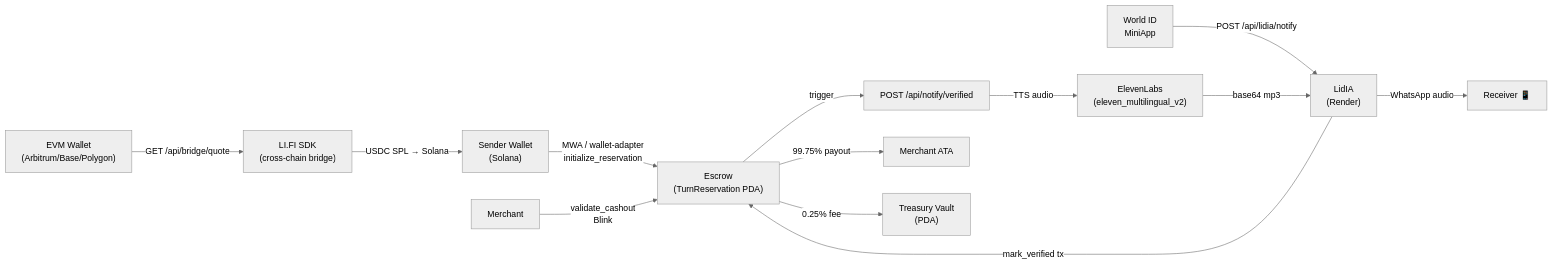
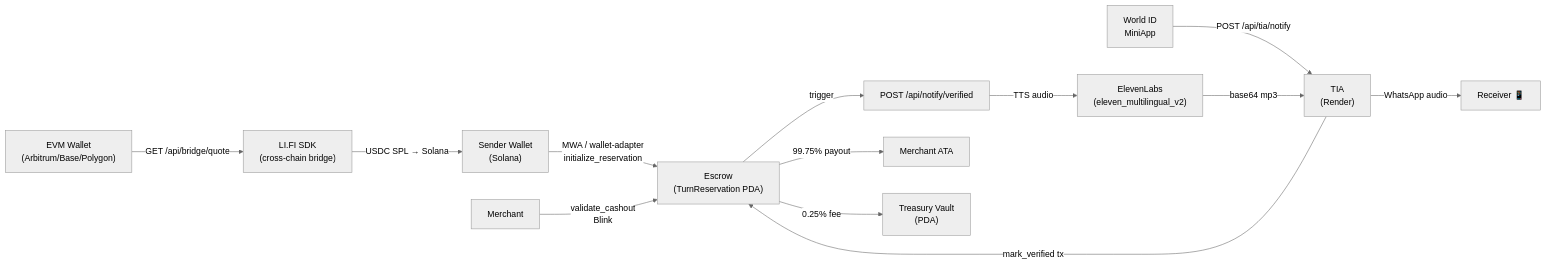
One commit to Edgadafi/remesa-liquidez changed the diagram in README.md. Above: the diagram before and after it, drawn with Mermaid (neutral theme). The commit also changed other lines of this file and 8 other files, not shown here.

First line of the commit message:
feat: agente TIA — scripts TTS, cliente /api/tia/notify y guía backend

````diff
--- a/README.md
+++ b/README.md
@@ -21,15 +21,15 @@
 ```mermaid
 flowchart LR
   EVM["EVM Wallet\n(Arbitrum/Base/Polygon)"] -->|"GET /api/bridge/quote"| LIFI["LI.FI SDK\n(cross-chain bridge)"]
   LIFI -->|"USDC SPL → Solana"| SenderWallet["Sender Wallet\n(Solana)"]
   SenderWallet -->|"MWA / wallet-adapter\ninitialize_reservation"| Escrow["Escrow\n(TurnReservation PDA)"]
-  WorldID["World ID\nMiniApp"] -->|"POST /api/lidia/notify"| Render["LidIA\n(Render)"]
+  WorldID["World ID\nMiniApp"] -->|"POST /api/tia/notify"| Render["TIA\n(Render)"]
   Render -->|"mark_verified tx"| Escrow
   Escrow -->|"trigger"| NotifyAPI["POST /api/notify/verified"]
   NotifyAPI -->|"TTS audio"| ElevenLabs["ElevenLabs\n(eleven_multilingual_v2)"]
   ElevenLabs -->|"base64 mp3"| Render
   Render -->|"WhatsApp audio"| Receiver["Receiver 📱"]
   Merchant -->|"validate_cashout\nBlink"| Escrow
   Escrow -->|"99.75% payout"| MerchantATA["Merchant ATA"]
   Escrow -->|"0.25% fee"| Treasury["Treasury Vault\n(PDA)"]
 ```
````
